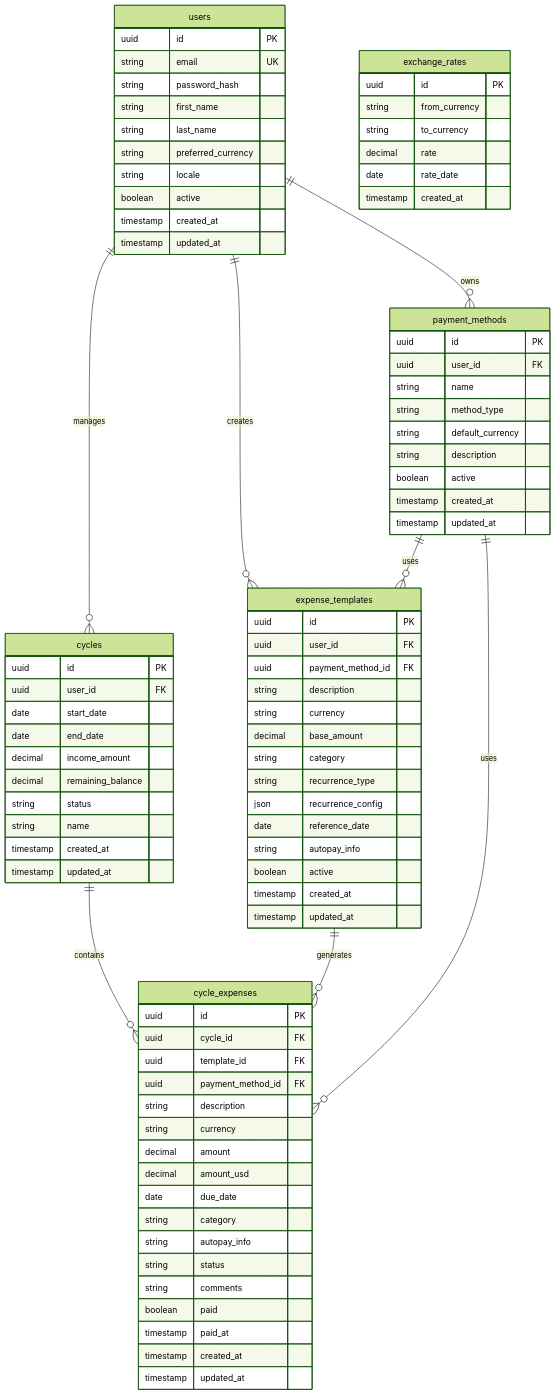
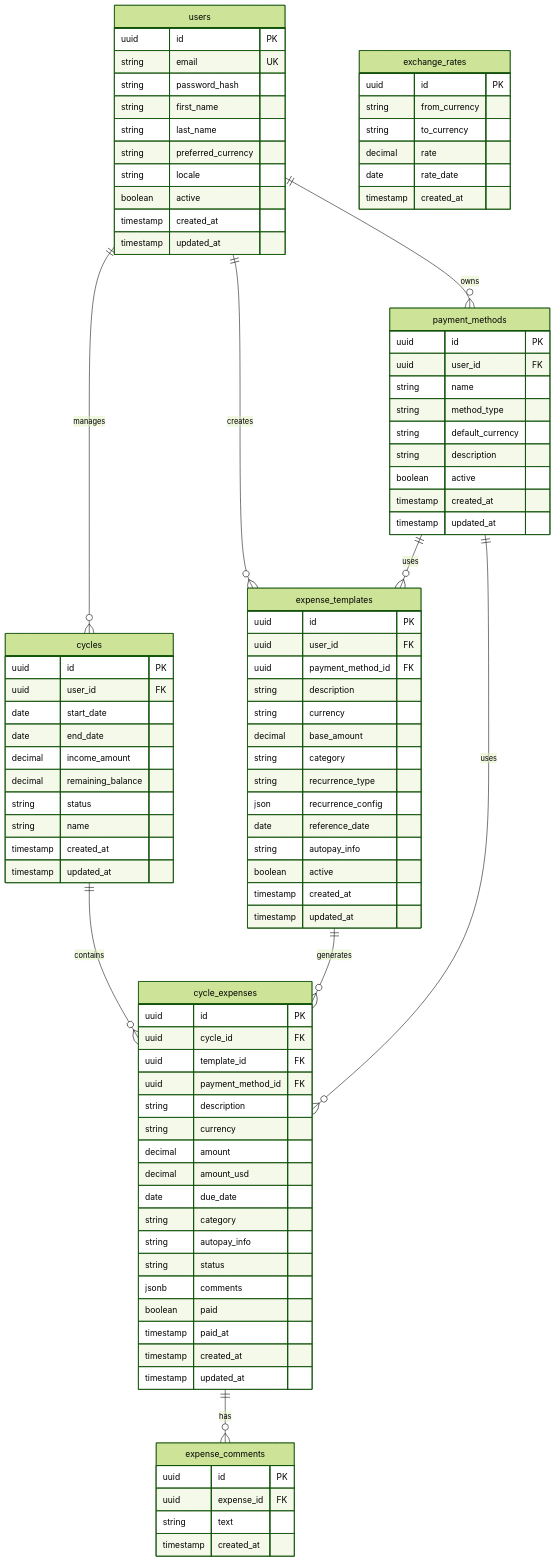
Before and after one commit to jcarranz97/colony: the diagram in docs/architecture/database-schema.md, drawn with Mermaid (forest theme). The commit also changed other lines of this file and 1 other file, not shown here.

Commit message:
Include support for comments

```diff
--- a/docs/architecture/database-schema.md
+++ b/docs/architecture/database-schema.md
@@ -18,6 +19,7 @@
     users ||--o{ expense_templates : creates
     users ||--o{ cycles : manages
     cycles ||--o{ cycle_expenses : contains
+    cycle_expenses ||--o{ expense_comments : has
     expense_templates ||--o{ cycle_expenses : generates
     payment_methods ||--o{ expense_templates : uses
     payment_methods ||--o{ cycle_expenses : uses
@@ -90,11 +92,18 @@
         string category
         string autopay_info
         string status
-        string comments
+        jsonb comments
         boolean paid
         timestamp paid_at
         timestamp created_at
         timestamp updated_at
+    }
+
+    expense_comments {
+        uuid id PK
+        uuid expense_id FK
+        string text
+        timestamp created_at
     }
 
     exchange_rates {
```
